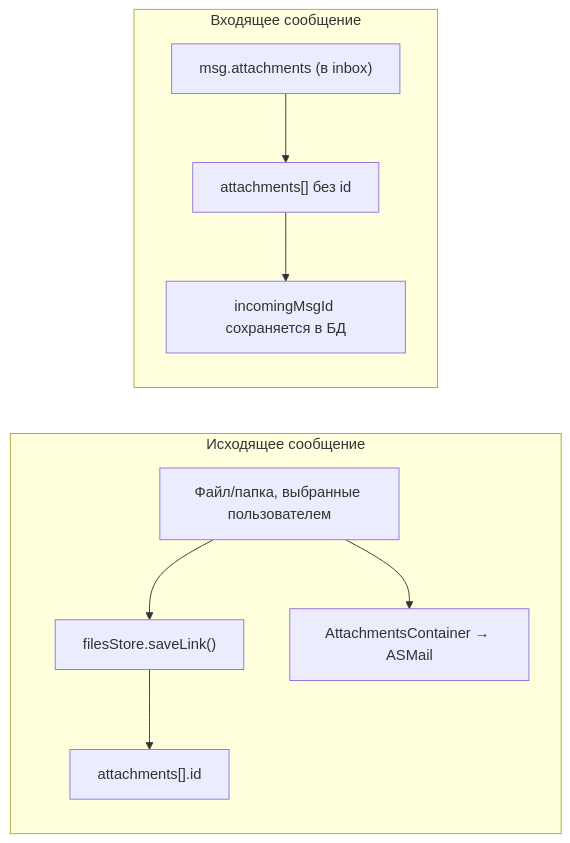
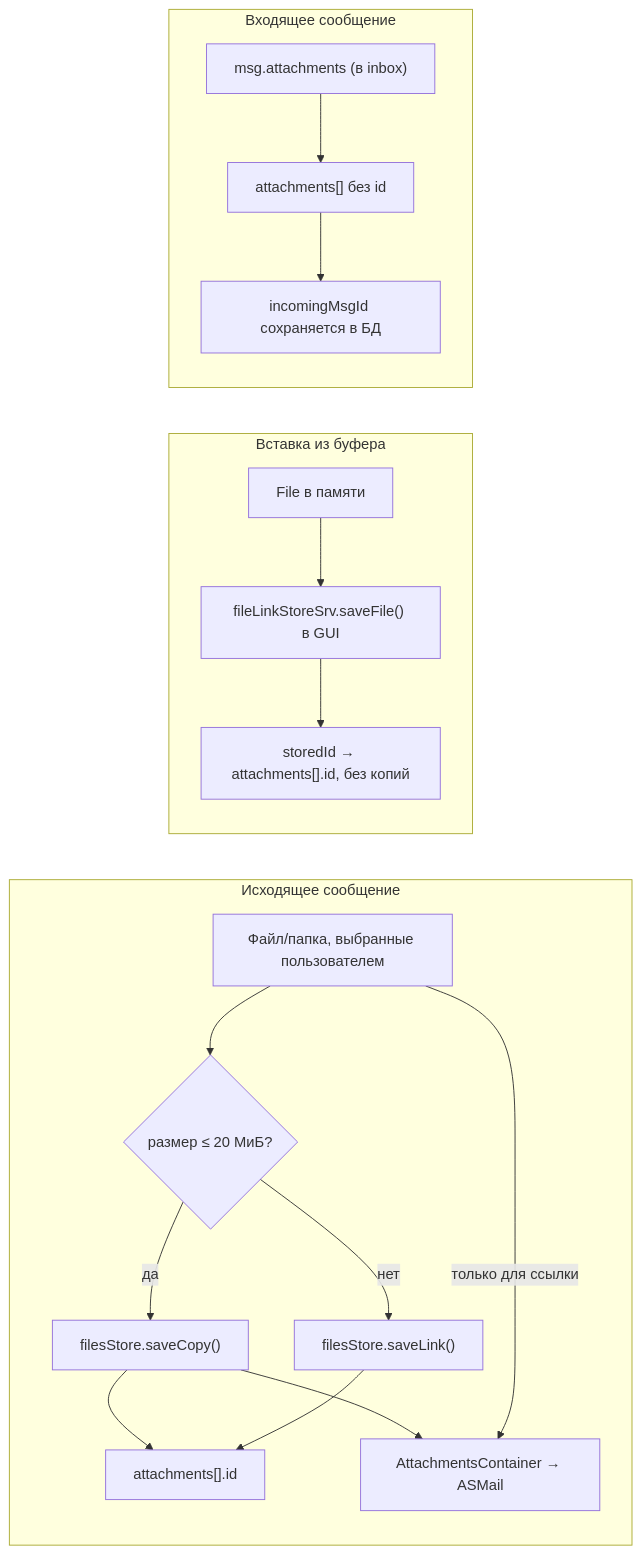
Before and after one commit to PrivacySafe/chat.app.privacysafe.io: the fourth of 4 diagrams in doc/02-data-model.md, drawn with Mermaid. The commit also changed other lines of this file and 76 other files, not shown here.

````diff
--- a/doc/02-data-model.md
+++ b/doc/02-data-model.md
@@ -395,12 +395,20 @@
 ```mermaid
 flowchart LR
   subgraph out["Исходящее сообщение"]
-    F1["Файл/папка, выбранные пользователем"] --> SL["filesStore.saveLink()"]
-    SL --> ID["attachments[].id"]
-    F1 --> AC["AttachmentsContainer → ASMail"]
+    F1["Файл/папка, выбранные пользователем"] --> Q{"размер ≤ 20 МиБ?"}
+    Q -->|да| SC["filesStore.saveCopy()"]
+    Q -->|нет| SL["filesStore.saveLink()"]
+    SC --> ID["attachments[].id"]
+    SL --> ID
+    SC --> AC["AttachmentsContainer → ASMail"]
+    F1 -->|только для ссылки| AC
+  end
+  subgraph paste["Вставка из буфера"]
+    P1["File в памяти"] --> PS["fileLinkStoreSrv.saveFile() в GUI"]
+    PS --> PID["storedId → attachments[].id, без копий"]
   end
   subgraph in["Входящее сообщение"]
     IM["msg.attachments (в inbox)"] --> INFO["attachments[] без id"]
     INFO --> KEEP["incomingMsgId сохраняется в БД"]
   end
 ```
````
